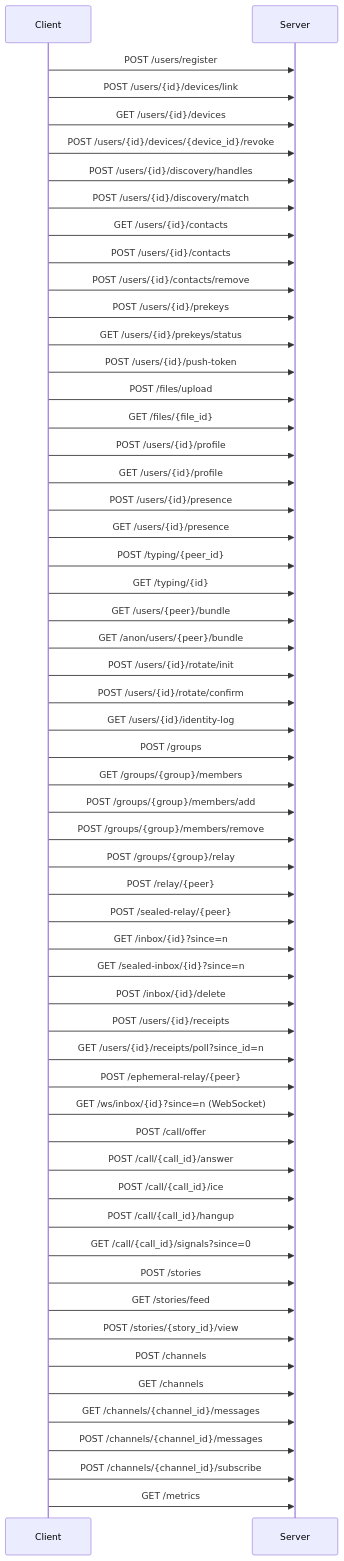
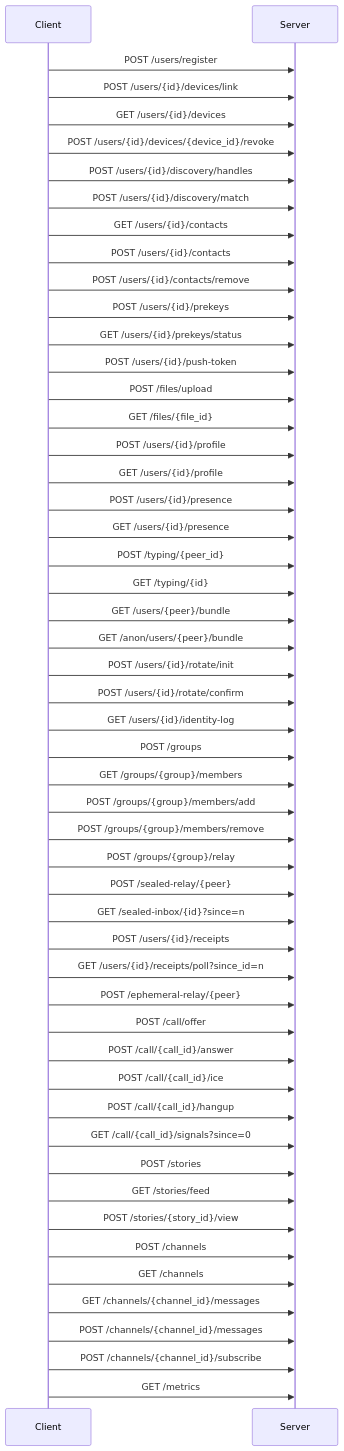
Before and after one commit to ErenAri/post-quantum-messaging-app: the first of 2 diagrams in docs/API.md, drawn with Mermaid. The commit also changed other lines of this file and 34 other files, not shown here.

````diff
--- a/docs/API.md
+++ b/docs/API.md
@@ -14,58 +14,54 @@
 ```mermaid
 sequenceDiagram
     participant C as Client
     participant S as Server
     C->>S: POST /users/register
     C->>S: POST /users/{id}/devices/link
     C->>S: GET /users/{id}/devices
     C->>S: POST /users/{id}/devices/{device_id}/revoke
     C->>S: POST /users/{id}/discovery/handles
     C->>S: POST /users/{id}/discovery/match
     C->>S: GET /users/{id}/contacts
     C->>S: POST /users/{id}/contacts
     C->>S: POST /users/{id}/contacts/remove
     C->>S: POST /users/{id}/prekeys
     C->>S: GET /users/{id}/prekeys/status
     C->>S: POST /users/{id}/push-token
     C->>S: POST /files/upload
     C->>S: GET /files/{file_id}
     C->>S: POST /users/{id}/profile
     C->>S: GET /users/{id}/profile
     C->>S: POST /users/{id}/presence
     C->>S: GET /users/{id}/presence
     C->>S: POST /typing/{peer_id}
     C->>S: GET /typing/{id}
     C->>S: GET /users/{peer}/bundle
     C->>S: GET /anon/users/{peer}/bundle
     C->>S: POST /users/{id}/rotate/init
     C->>S: POST /users/{id}/rotate/confirm
     C->>S: GET /users/{id}/identity-log
     C->>S: POST /groups
     C->>S: GET /groups/{group}/members
     C->>S: POST /groups/{group}/members/add
     C->>S: POST /groups/{group}/members/remove
     C->>S: POST /groups/{group}/relay
-    C->>S: POST /relay/{peer}
     C->>S: POST /sealed-relay/{peer}
-    C->>S: GET /inbox/{id}?since=n
     C->>S: GET /sealed-inbox/{id}?since=n
-    C->>S: POST /inbox/{id}/delete
     C->>S: POST /users/{id}/receipts
     C->>S: GET /users/{id}/receipts/poll?since_id=n
     C->>S: POST /ephemeral-relay/{peer}
-    C->>S: GET /ws/inbox/{id}?since=n (WebSocket)
     C->>S: POST /call/offer
     C->>S: POST /call/{call_id}/answer
     C->>S: POST /call/{call_id}/ice
     C->>S: POST /call/{call_id}/hangup
     C->>S: GET /call/{call_id}/signals?since=0
     C->>S: POST /stories
     C->>S: GET /stories/feed
     C->>S: POST /stories/{story_id}/view
     C->>S: POST /channels
     C->>S: GET /channels
     C->>S: GET /channels/{channel_id}/messages
     C->>S: POST /channels/{channel_id}/messages
     C->>S: POST /channels/{channel_id}/subscribe
     C->>S: GET /metrics
 ```
````
